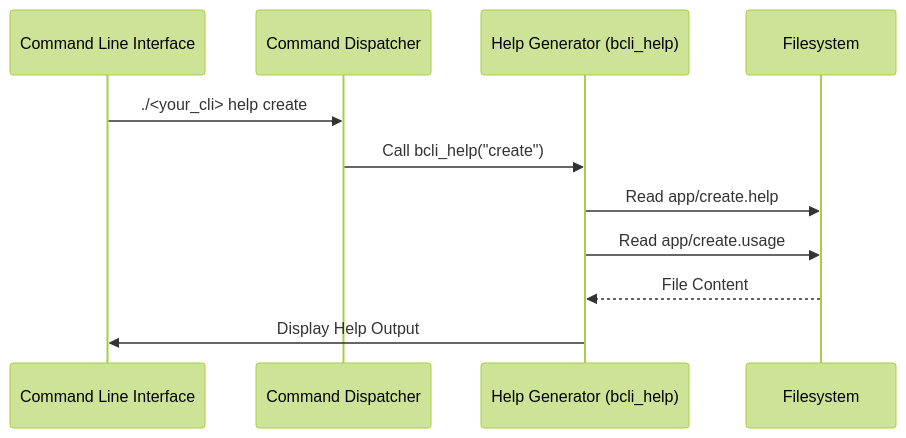
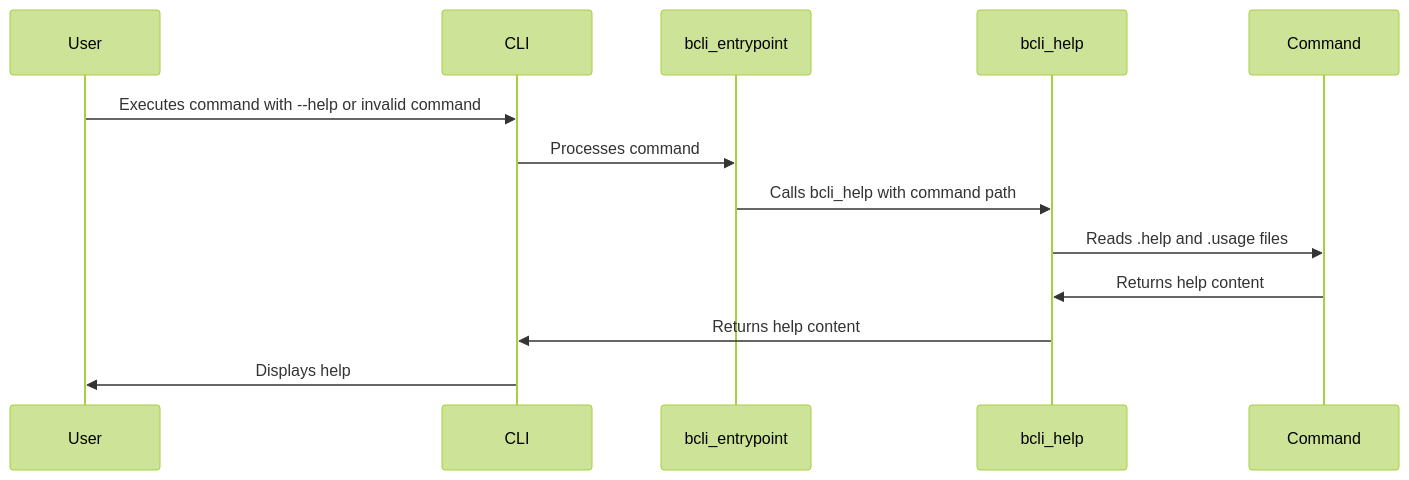
The diagram in docs/03_help_generation_.md (aireilly/bash-cli-docs-test), drawn with Mermaid (forest theme) before and after one commit. The commit also changed other lines of this file and 6 other files, not shown here.

````diff
--- a/docs/03_help_generation_.md
+++ b/docs/03_help_generation_.md
@@ -45,14 +68,16 @@
 ```mermaid
 sequenceDiagram
-    participant CLI as Command Line Interface
-    participant Dispatcher as Command Dispatcher
-    participant HelpGen as Help Generator (bcli_help)
-    participant FS as Filesystem
+    participant User
+    participant CLI
+    participant bcli_entrypoint
+    participant bcli_help
+    participant Command
 
-    CLI->>Dispatcher: ./<your_cli> help create
-    Dispatcher->>HelpGen: Call bcli_help("create")
-    HelpGen->>FS: Read app/create.help
-    HelpGen->>FS: Read app/create.usage
-    FS-->>HelpGen: File Content
-    HelpGen->>CLI: Display Help Output
+    User->>CLI: Executes command with --help or invalid command
+    CLI->>bcli_entrypoint: Processes command
+    bcli_entrypoint->>bcli_help: Calls bcli_help with command path
+    bcli_help->>Command: Reads .help and .usage files
+    Command->>bcli_help: Returns help content
+    bcli_help->>CLI: Returns help content
+    CLI->>User: Displays help
 ```
````
